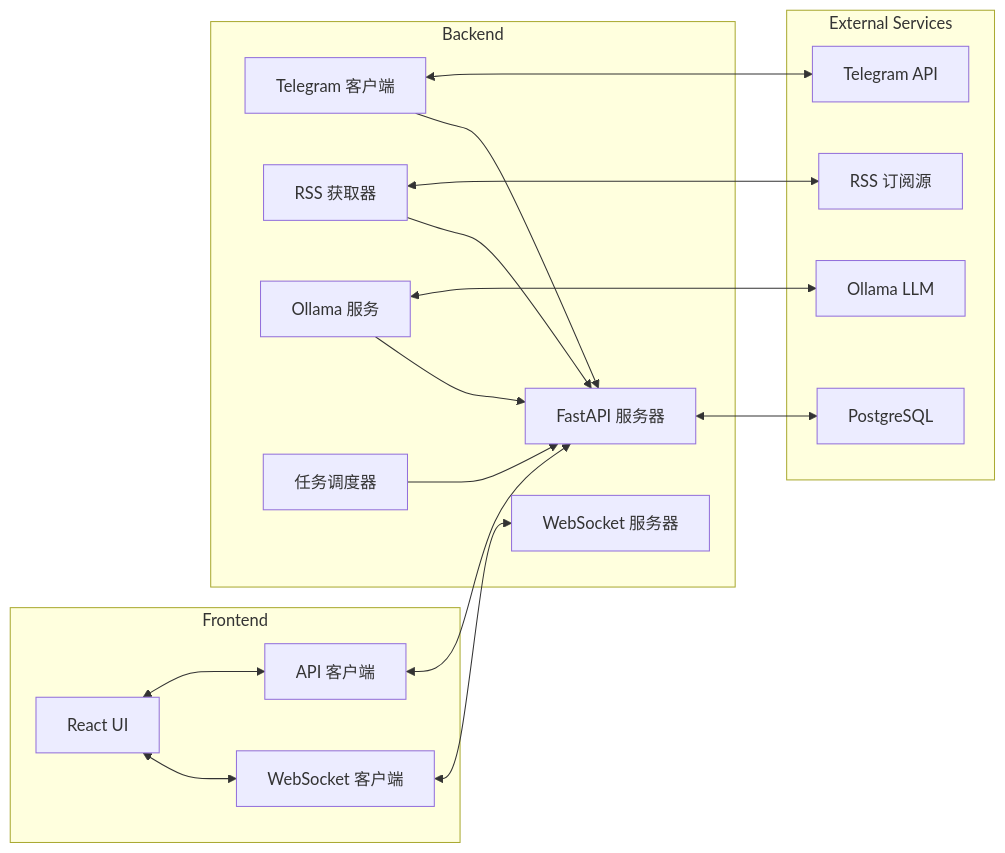
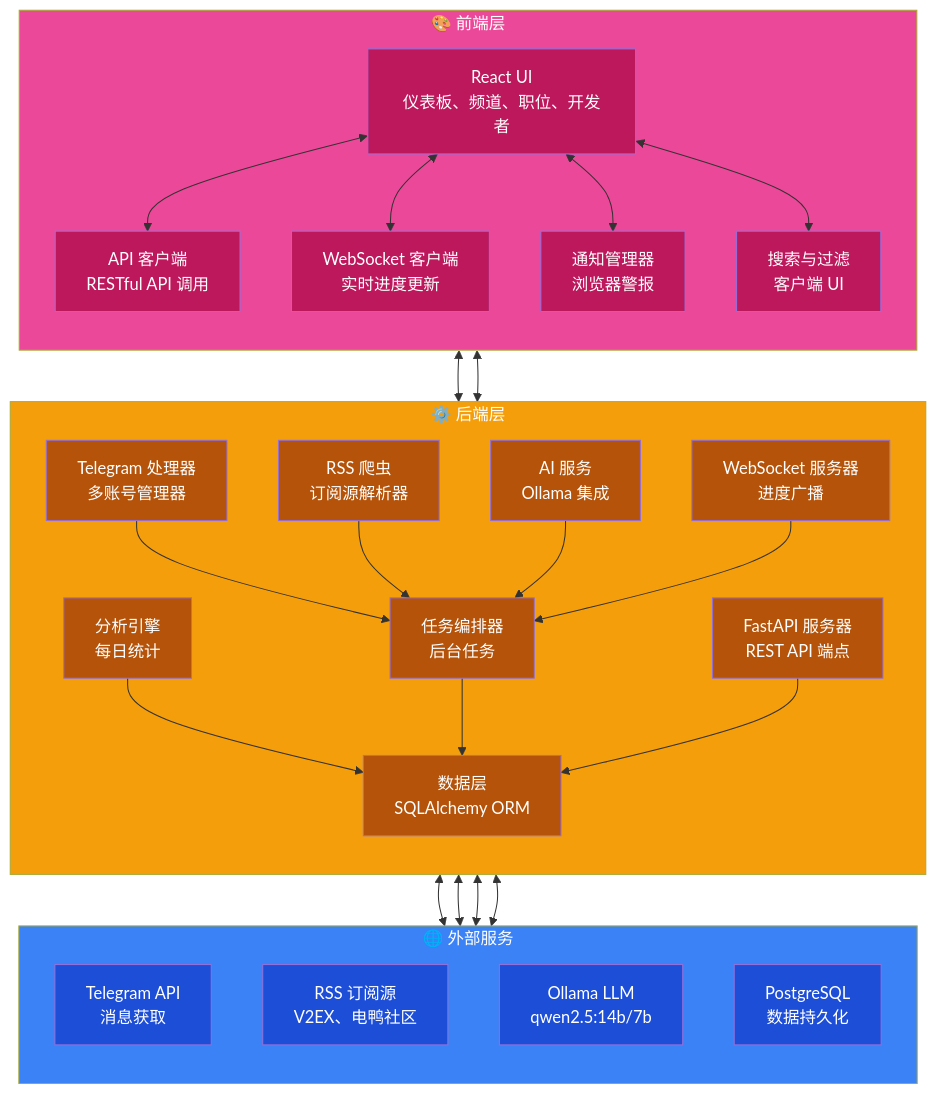
The third of 3 diagrams in README.zh-CN.md (dariank38/agentic-job-scraper), drawn with Mermaid before and after one commit. The commit also changed other lines of this file and 1 other file, not shown here.

First line of the commit message:
docs: restructure README with improved formatting, visual elements, and comprehensive architecture documentation

````diff
--- a/README.zh-CN.md
+++ b/README.zh-CN.md
@@ -97,37 +145,70 @@
 ```mermaid
-graph LR
-    subgraph Frontend
-        A[React UI]
-        B[WebSocket 客户端]
-        C[API 客户端]
+graph TB
+    subgraph Frontend["🎨 前端层"]
+        direction TB
+        A[React UI<br/>仪表板、频道、职位、开发者]
+        B[WebSocket 客户端<br/>实时进度更新]
+        C[API 客户端<br/>RESTful API 调用]
+        D[通知管理器<br/>浏览器警报]
+        E[搜索与过滤<br/>客户端 UI]
     end
 
-    subgraph Backend
-        D[FastAPI 服务器]
-        E[WebSocket 服务器]
-        F[Telegram 客户端]
-        G[RSS 获取器]
-        H[Ollama 服务]
-        I[任务调度器]
+    subgraph Backend["⚙️ 后端层"]
+        direction TB
+        F[FastAPI 服务器<br/>REST API 端点]
+        G[WebSocket 服务器<br/>进度广播]
+        H[任务编排器<br/>后台任务]
+        I[数据层<br/>SQLAlchemy ORM]
+        J[Telegram 处理器<br/>多账号管理器]
+        K[RSS 爬虫<br/>订阅源解析器]
+        L[AI 服务<br/>Ollama 集成]
+        M[分析引擎<br/>每日统计]
     end
 
-    subgraph External Services
-        J[Telegram API]
-        K[RSS 订阅源]
-        L[Ollama LLM]
-        M[PostgreSQL]
+    subgraph External["🌐 外部服务"]
+        direction TB
+        N[Telegram API<br/>消息获取]
+        O[RSS 订阅源<br/>V2EX、电鸭社区]
+        P[Ollama LLM<br/>qwen2.5:14b/7b]
+        Q[PostgreSQL<br/>数据持久化]
     end
 
     A <--> C
     A <--> B
-    C <--> D
-    B <--> E
-    F <--> J
-    G <--> K
-    H <--> L
-    D <--> M
-    F --> D
-    G --> D
-    H --> D
-    I --> D
+    A <--> D
+    A <--> E
+    C <--> F
+    B <--> G
+    J <--> N
+    K <--> O
+    L <--> P
+    I <--> Q
+    J --> H
+    K --> H
+    L --> H
+    M --> I
+    H --> I
+    F --> I
+    G --> H
+
+    style Frontend fill:#ec4899,color:#fff
+    style Backend fill:#f59e0b,color:#fff
+    style External fill:#3b82f6,color:#fff
+    style A fill:#be185d,color:#fff
+    style B fill:#be185d,color:#fff
+    style C fill:#be185d,color:#fff
+    style D fill:#be185d,color:#fff
+    style E fill:#be185d,color:#fff
+    style F fill:#b45309,color:#fff
+    style G fill:#b45309,color:#fff
+    style H fill:#b45309,color:#fff
+    style I fill:#b45309,color:#fff
+    style J fill:#b45309,color:#fff
+    style K fill:#b45309,color:#fff
+    style L fill:#b45309,color:#fff
+    style M fill:#b45309,color:#fff
+    style N fill:#1d4ed8,color:#fff
+    style O fill:#1d4ed8,color:#fff
+    style P fill:#1d4ed8,color:#fff
+    style Q fill:#1d4ed8,color:#fff
 ```
````
